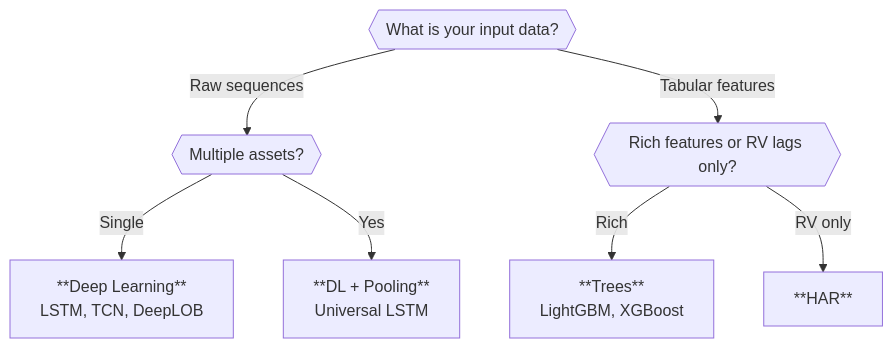
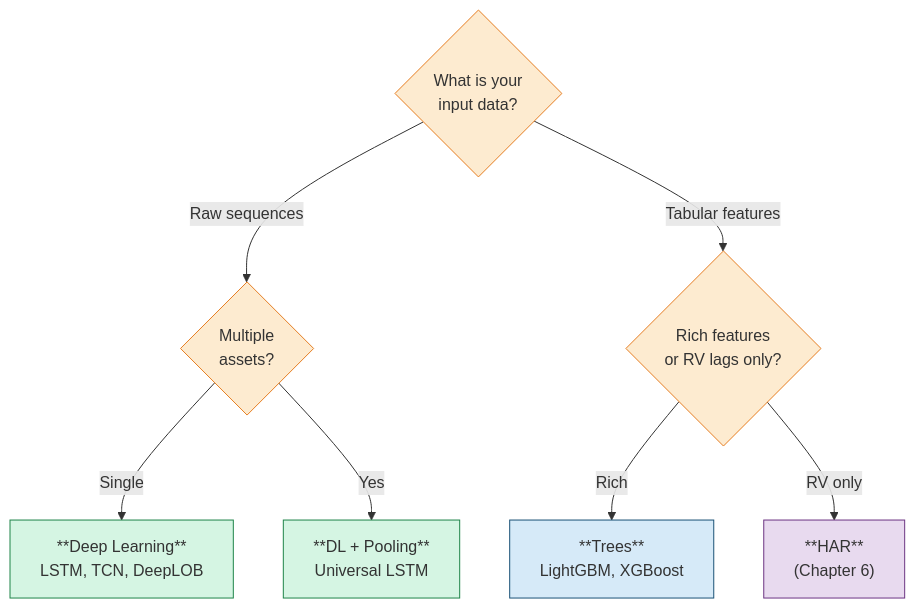
Before and after one commit to xRyann2255/ML-GS: the sixth of 6 diagrams in vol-learning-guide/markdown/ch12b-deep-learning-vol.md, drawn with Mermaid. The commit also changed other lines of this file and 10 other files, not shown here.

Commit message:
docs(vol-guide): regenerate markdown mirrors after diagram audit (ch10 taxonomy + ch03 decision-tree semantic; 9 re-layout refreshes)

````diff
--- a/vol-learning-guide/markdown/ch12b-deep-learning-vol.md
+++ b/vol-learning-guide/markdown/ch12b-deep-learning-vol.md
@@ -565,19 +469,26 @@
 ```mermaid
 flowchart TD
-    q1{{"What is your input data?"}}
+    q1{"What is your<br/>input data?"}
+    q2{"Multiple<br/>assets?"}
+    q3{"Rich features<br/>or RV lags only?"}
+    dl["**Deep Learning**<br/>LSTM, TCN, DeepLOB"]
+    dlpool["**DL + Pooling**<br/>Universal LSTM"]
+    trees["**Trees**<br/>LightGBM, XGBoost"]
+    har["**HAR**<br/>(Chapter 6)"]
 
-    q2{{"Multiple assets?"}}
-    dl["**Deep Learning**\nLSTM, TCN, DeepLOB"]
-    dlpool["**DL + Pooling**\nUniversal LSTM"]
+    q1 -- "Raw sequences" --> q2
+    q1 -- "Tabular features" --> q3
+    q2 -- "Single" --> dl
+    q2 -- "Yes" --> dlpool
+    q3 -- "Rich" --> trees
+    q3 -- "RV only" --> har
 
-    q3{{"Rich features or RV lags only?"}}
-    trees["**Trees**\nLightGBM, XGBoost"]
-    har["**HAR**"]
-
-    q1 -->|Raw sequences| q2
-    q1 -->|Tabular features| q3
-    q2 -->|Single| dl
-    q2 -->|Yes| dlpool
-    q3 -->|Rich| trees
-    q3 -->|RV only| har
+    classDef dec fill:#fdebd0,stroke:#e67e22;
+    classDef dlc fill:#d5f5e3,stroke:#1e8449;
+    classDef trc fill:#d6eaf8,stroke:#1a5276;
+    classDef hrc fill:#e8daef,stroke:#6c3483;
+    class q1,q2,q3 dec;
+    class dl,dlpool dlc;
+    class trees trc;
+    class har hrc;
 ```
````
